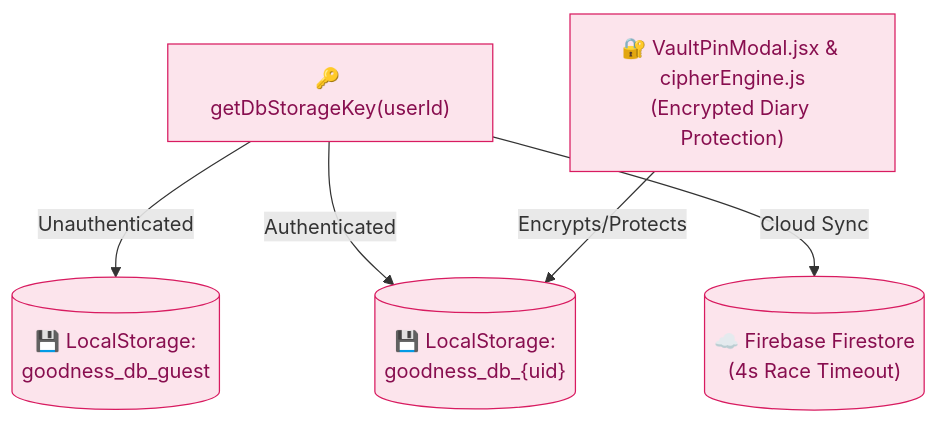
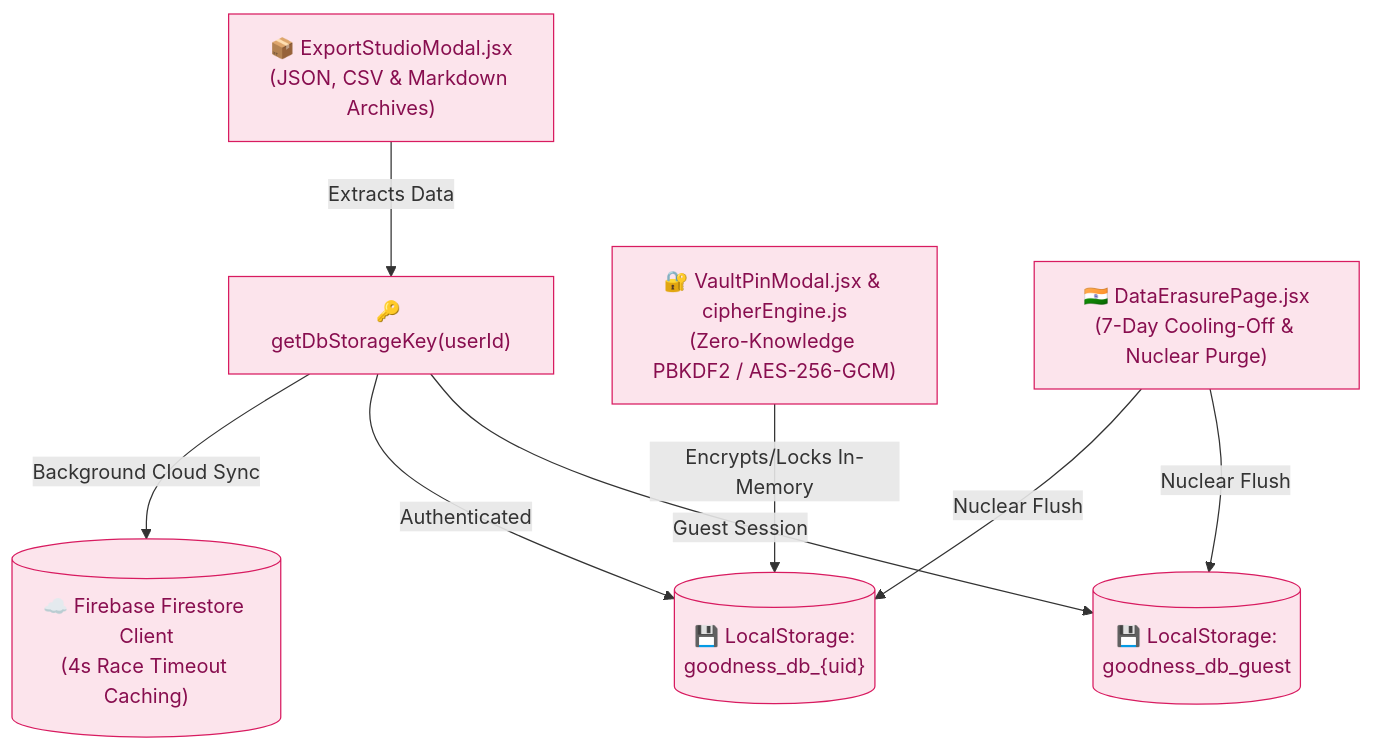
One commit to TRINNO112/shit-or-hit changed the sixth of 10 diagrams in README.md. Above: the diagram before and after it, drawn with Mermaid. The commit also changed other lines of this file, not shown here.

Commit message:
D385: Expand frontend architecture showcase in README with Stasis Sanctuary, Behavioral Trilogy, AES Vault, and DPDPA 2023

````diff
--- a/README.md
+++ b/README.md
@@ -157,17 +164,22 @@
 ```mermaid
 %%{init: {'flowchart': {'nodeSpacing': 40, 'rankSpacing': 60, 'curve': 'basis'}}}%%
 flowchart TD
     StorageKeyGen["🔑 getDbStorageKey(userId)"]
     GuestStorage[("💾 LocalStorage:<br/>goodness_db_guest")]
     UserStorage[("💾 LocalStorage:<br/>goodness_db_{uid}")]
-    FirestoreSync[("☁️ Firebase Firestore<br/>(4s Race Timeout)")]
-    VaultSecurity["🔐 VaultPinModal.jsx & cipherEngine.js<br/>(Encrypted Diary Protection)"]
+    VaultSecurity["🔐 VaultPinModal.jsx & cipherEngine.js<br/>(Zero-Knowledge PBKDF2 / AES-256-GCM)"]
+    FirestoreSync[("☁️ Firebase Firestore Client<br/>(4s Race Timeout Caching)")]
+    DPDPAErasure["🇮🇳 DataErasurePage.jsx<br/>(7-Day Cooling-Off & Nuclear Purge)"]
+    ExportStudio["📦 ExportStudioModal.jsx<br/>(JSON, CSV & Markdown Archives)"]
 
-    StorageKeyGen -->|Unauthenticated| GuestStorage
+    StorageKeyGen -->|Guest Session| GuestStorage
     StorageKeyGen -->|Authenticated| UserStorage
-    StorageKeyGen -->|Cloud Sync| FirestoreSync
-    VaultSecurity -->|Encrypts/Protects| UserStorage
+    VaultSecurity -->|Encrypts/Locks In-Memory| UserStorage
+    StorageKeyGen -->|Background Cloud Sync| FirestoreSync
+    DPDPAErasure -->|Nuclear Flush| GuestStorage
+    DPDPAErasure -->|Nuclear Flush| UserStorage
+    ExportStudio -->|Extracts Data| StorageKeyGen
 
     classDef l5 fill:#FCE4EC,stroke:#D81B60,color:#880E4F
-    class StorageKeyGen,GuestStorage,UserStorage,FirestoreSync,VaultSecurity l5
+    class StorageKeyGen,GuestStorage,UserStorage,VaultSecurity,FirestoreSync,DPDPAErasure,ExportStudio l5
 ```
````
